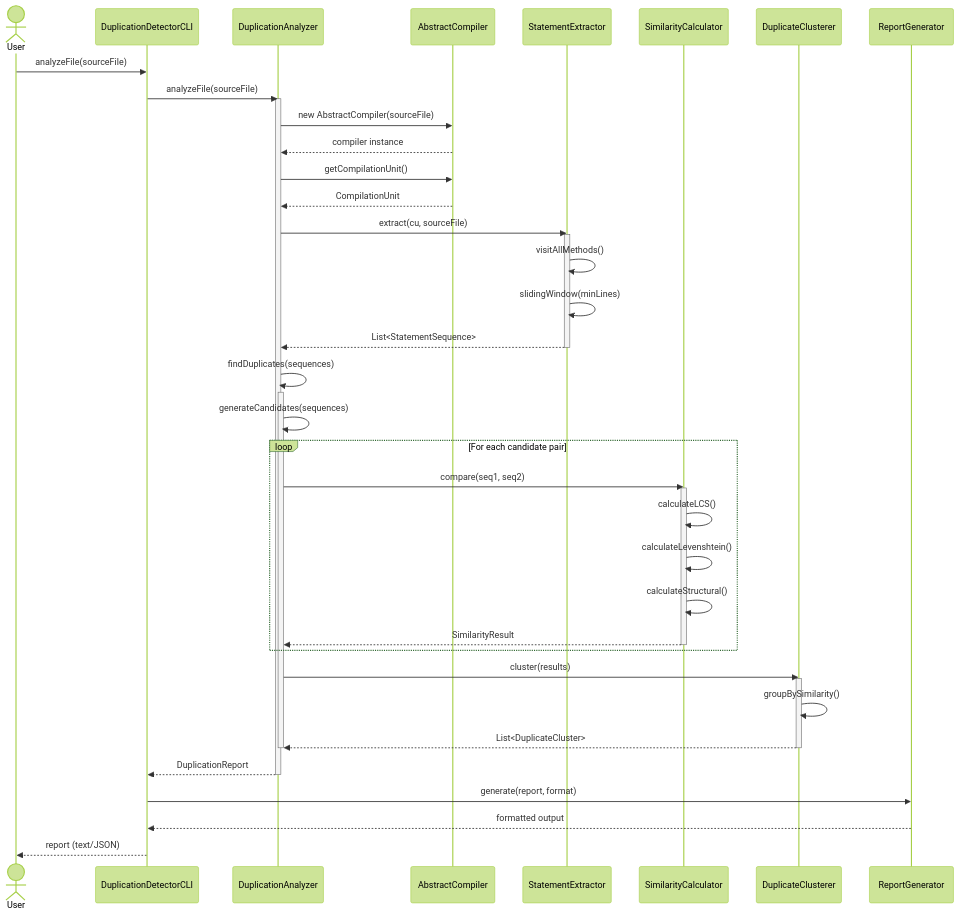
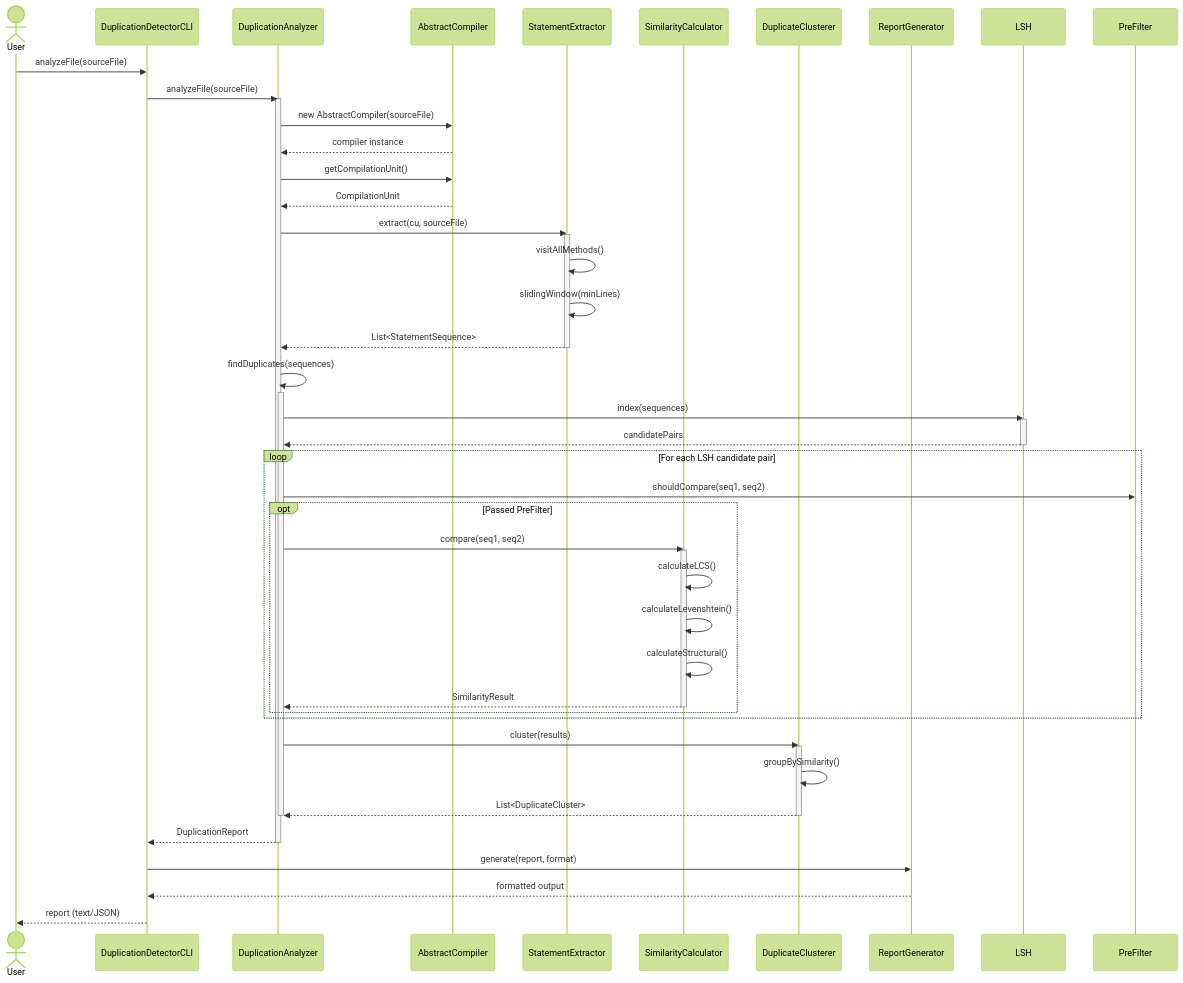
Before and after one commit to e4c5/bertie: the first of 6 diagrams in docs/duplication-detector/sequence_diagrams.md, drawn with Mermaid (forest theme). The commit also changed other lines of this file and 4 other files, not shown here.

````diff
--- a/docs/duplication-detector/sequence_diagrams.md
+++ b/docs/duplication-detector/sequence_diagrams.md
@@ -24,56 +24,64 @@
 ```mermaid
 sequenceDiagram
     actor User
     participant CLI as DuplicationDetectorCLI
     participant Analyzer as DuplicationAnalyzer
     participant Compiler as AbstractCompiler
     participant Extractor as StatementExtractor
     participant Similarity as SimilarityCalculator
     participant Clusterer as DuplicateClusterer
     participant Reporter as ReportGenerator
 
     User->>CLI: analyzeFile(sourceFile)
     CLI->>Analyzer: analyzeFile(sourceFile)
     
     activate Analyzer
     Analyzer->>Compiler: new AbstractCompiler(sourceFile)
     Compiler-->>Analyzer: compiler instance
     
     Analyzer->>Compiler: getCompilationUnit()
     Compiler-->>Analyzer: CompilationUnit
     
     Analyzer->>Extractor: extract(cu, sourceFile)
     activate Extractor
     Extractor->>Extractor: visitAllMethods()
     Extractor->>Extractor: slidingWindow(minLines)
     Extractor-->>Analyzer: List<StatementSequence>
     deactivate Extractor
     
     Analyzer->>Analyzer: findDuplicates(sequences)
     activate Analyzer
-    Analyzer->>Analyzer: generateCandidates(sequences)
     
-    loop For each candidate pair
-        Analyzer->>Similarity: compare(seq1, seq2)
-        activate Similarity
-        Similarity->>Similarity: calculateLCS()
-        Similarity->>Similarity: calculateLevenshtein()
-        Similarity->>Similarity: calculateStructural()
-        Similarity-->>Analyzer: SimilarityResult
-        deactivate Similarity
+    Analyzer->>LSH: index(sequences)
+    activate LSH
+    LSH-->>Analyzer: candidatePairs
+    deactivate LSH
+
+    loop For each LSH candidate pair
+        Analyzer->>PreFilter: shouldCompare(seq1, seq2)
+
+        opt Passed PreFilter
+            Analyzer->>Similarity: compare(seq1, seq2)
+            activate Similarity
+            Similarity->>Similarity: calculateLCS()
+            Similarity->>Similarity: calculateLevenshtein()
+            Similarity->>Similarity: calculateStructural()
+            Similarity-->>Analyzer: SimilarityResult
+            deactivate Similarity
+        end
     end
     
     Analyzer->>Clusterer: cluster(results)
     activate Clusterer
     Clusterer->>Clusterer: groupBySimilarity()
     Clusterer-->>Analyzer: List<DuplicateCluster>
     deactivate Clusterer
     deactivate Analyzer
     
     Analyzer-->>CLI: DuplicationReport
     deactivate Analyzer
     
     CLI->>Reporter: generate(report, format)
     Reporter-->>CLI: formatted output
     CLI-->>User: report (text/JSON)
 ```
````
